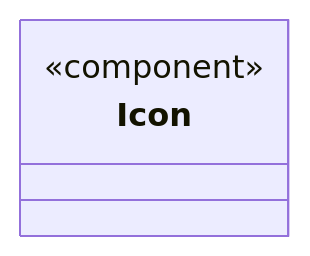
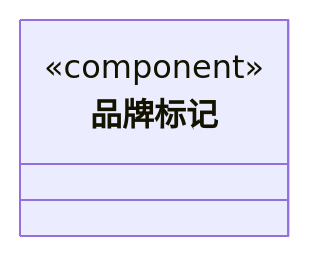
The diagram in src/view/shared/ARCHITECTURE.md (nan023062/cbim), drawn with Mermaid before and after one commit. The commit also changed other lines of this file and 113 other files, not shown here.

````diff
--- a/src/view/shared/ARCHITECTURE.md
+++ b/src/view/shared/ARCHITECTURE.md
@@ -20,7 +20,7 @@
 ```mermaid
 classDiagram
-class N_6bb76609a50b["Icon"] {
+class N_c1b9d82de9cb["品牌标记"] {
   <<component>>
 }
-click N_6bb76609a50b href "Icon.tsx"
+click N_c1b9d82de9cb href "BrandMark.tsx"
 ```
````
